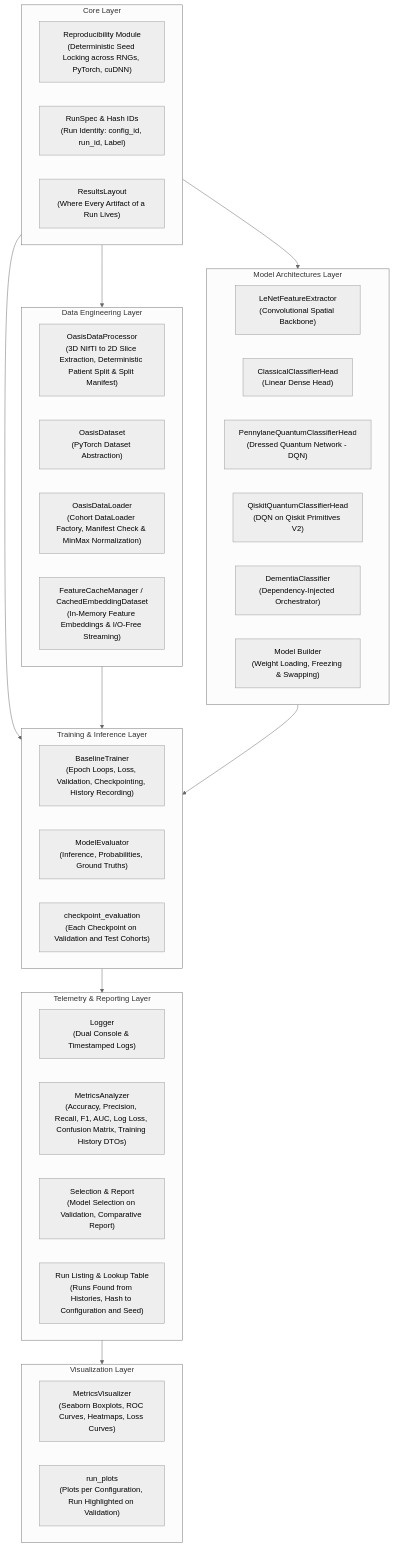
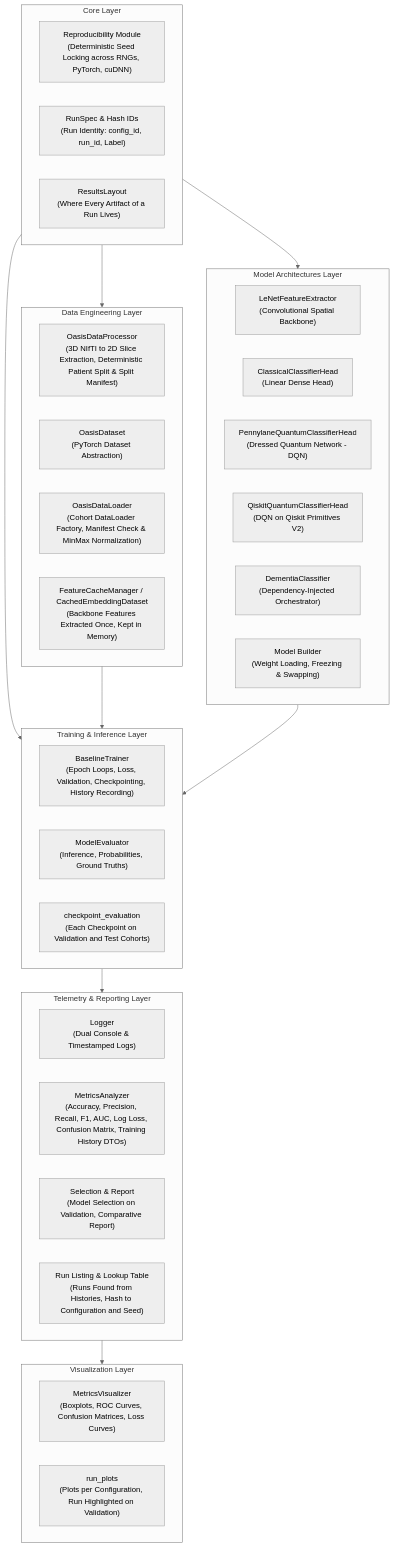
One commit to IC-QML-QTL-Dementia-Detection/dementia-boost changed the first of 6 diagrams in docs/architecture.md. Above: the diagram before and after it, drawn with Mermaid (neutral theme). The commit also changed other lines of this file and 8 other files, not shown here.

````diff
--- a/docs/architecture.md
+++ b/docs/architecture.md
@@ -11,50 +7,50 @@
 ```mermaid
 flowchart TD
     subgraph Core ["Core Layer"]
         REP["Reproducibility Module<br/>(Deterministic Seed Locking across RNGs, PyTorch, cuDNN)"]
         IDN["RunSpec & Hash IDs<br/>(Run Identity: config_id, run_id, Label)"]
         LAY["ResultsLayout<br/>(Where Every Artifact of a Run Lives)"]
     end
 
     subgraph Data ["Data Engineering Layer"]
         ETL_NIFTI["OasisDataProcessor<br/>(3D NIfTI to 2D Slice Extraction, Deterministic Patient Split & Split Manifest)"]
         DS["OasisDataset<br/>(PyTorch Dataset Abstraction)"]
         DL["OasisDataLoader<br/>(Cohort DataLoader Factory, Manifest Check & MinMax Normalization)"]
-        CACHE["FeatureCacheManager / CachedEmbeddingDataset<br/>(In-Memory Feature Embeddings & I/O-Free Streaming)"]
+        CACHE["FeatureCacheManager / CachedEmbeddingDataset<br/>(Backbone Features Extracted Once, Kept in Memory)"]
     end
 
     subgraph Models ["Model Architectures Layer"]
         FE["LeNetFeatureExtractor<br/>(Convolutional Spatial Backbone)"]
         CH["ClassicalClassifierHead<br/>(Linear Dense Head)"]
         QH["PennylaneQuantumClassifierHead<br/>(Dressed Quantum Network - DQN)"]
         QKH["QiskitQuantumClassifierHead<br/>(DQN on Qiskit Primitives V2)"]
         DC["DementiaClassifier<br/>(Dependency-Injected Orchestrator)"]
         BUILDER["Model Builder<br/>(Weight Loading, Freezing & Swapping)"]
     end
 
     subgraph Training ["Training & Inference Layer"]
         TR["BaselineTrainer<br/>(Epoch Loops, Loss, Validation, Checkpointing, History Recording)"]
         EV["ModelEvaluator<br/>(Inference, Probabilities, Ground Truths)"]
         CEV["checkpoint_evaluation<br/>(Each Checkpoint on Validation and Test Cohorts)"]
     end
 
     subgraph Telemetry ["Telemetry & Reporting Layer"]
         LOG["Logger<br/>(Dual Console & Timestamped Logs)"]
         MET["MetricsAnalyzer<br/>(Accuracy, Precision, Recall, F1, AUC, Log Loss, Confusion Matrix, Training History DTOs)"]
         SEL["Selection & Report<br/>(Model Selection on Validation, Comparative Report)"]
         LST["Run Listing & Lookup Table<br/>(Runs Found from Histories, Hash to Configuration and Seed)"]
     end
 
     subgraph Viz ["Visualization Layer"]
-        VIS["MetricsVisualizer<br/>(Seaborn Boxplots, ROC Curves, Heatmaps, Loss Curves)"]
+        VIS["MetricsVisualizer<br/>(Boxplots, ROC Curves, Confusion Matrices, Loss Curves)"]
         RPL["run_plots<br/>(Plots per Configuration, Run Highlighted on Validation)"]
     end
 
     Core --> Data
     Core --> Models
     Core --> Training
     Data --> Training
     Models --> Training
     Training --> Telemetry
     Telemetry --> Viz
 ```
````
